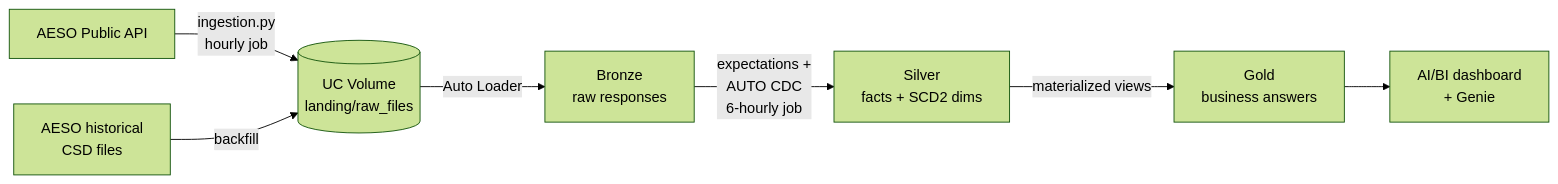
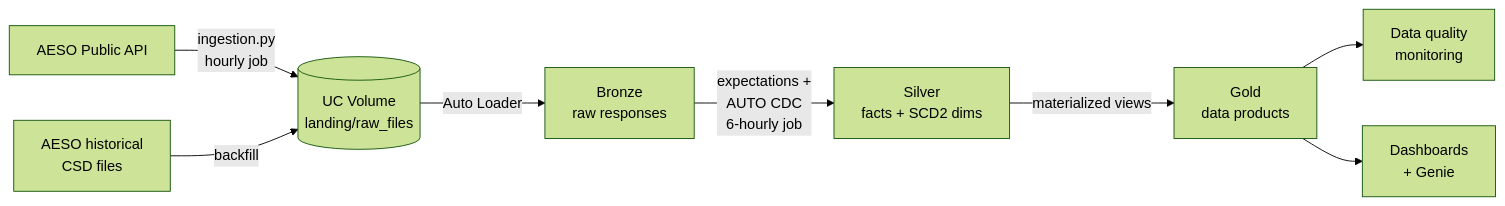
The diagram in README.md (sivakumarmanoharan/ab-power), drawn with Mermaid (forest theme) before and after one commit. The commit also changed other lines of this file and 10 other files, not shown here.

````diff
--- a/README.md
+++ b/README.md
@@ -24,9 +24,10 @@
 ```mermaid
 flowchart LR
     A[AESO Public API] -->|ingestion.py<br/>hourly job| B[(UC Volume<br/>landing/raw_files)]
     C[AESO historical<br/>CSD files] -->|backfill| B
     B -->|Auto Loader| D[Bronze<br/>raw responses]
     D -->|expectations +<br/>AUTO CDC<br/>6-hourly job| E[Silver<br/>facts + SCD2 dims]
-    E -->|materialized views| F[Gold<br/>business answers]
-    F --> G[AI/BI dashboard<br/>+ Genie]
+    E -->|materialized views| F[Gold<br/>data products]
+    F --> Q[Data quality<br/>monitoring]
+    F --> G[Dashboards<br/>+ Genie]
 ```
````
